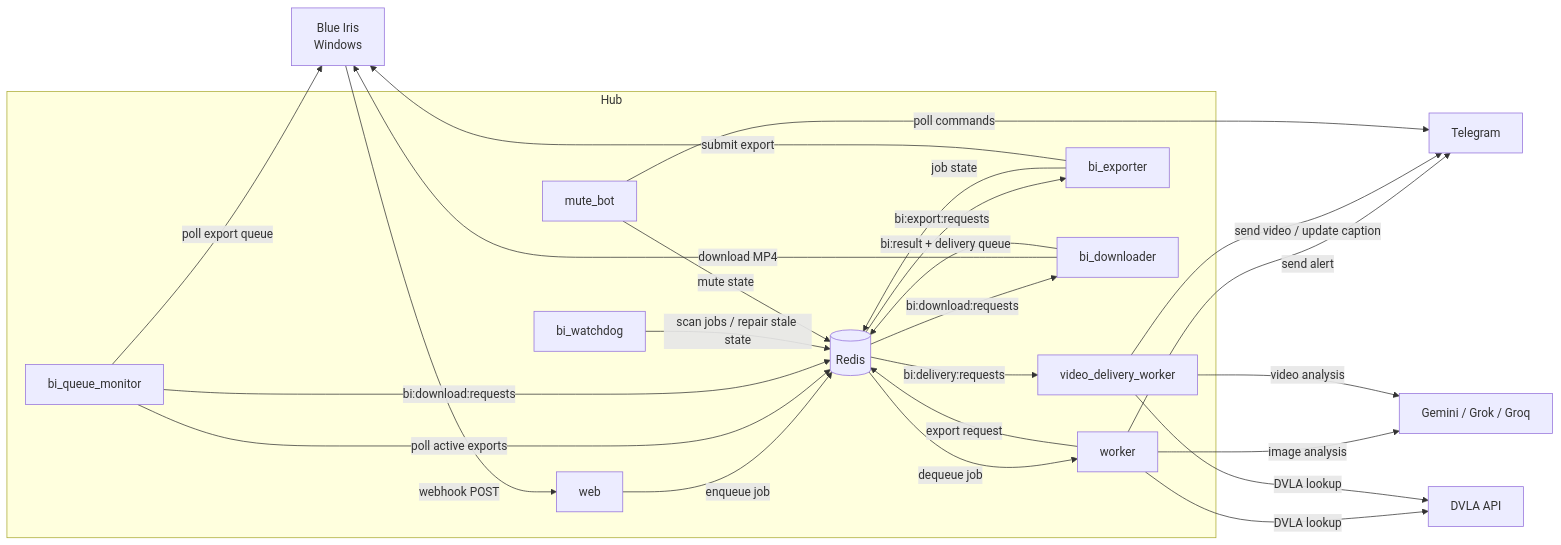
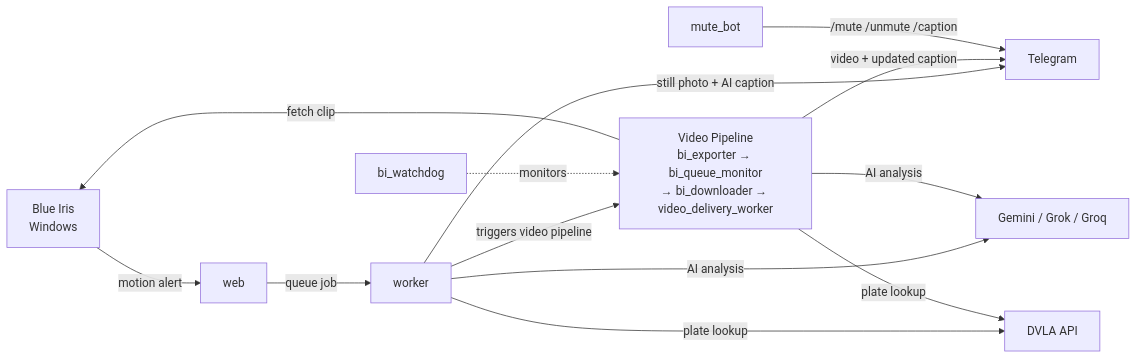
One commit to slflowfoon/blueiris-ai-hub changed the diagram in README.md. Above: the diagram before and after it, drawn with Mermaid. The commit also changed other lines of this file, not shown here.

Commit message:
docs: simplify architecture diagram to single high-level flow

````diff
--- a/README.md
+++ b/README.md
@@ -160,42 +156,13 @@
 ```mermaid
 graph LR
-    BI[Blue Iris\nWindows]
-    subgraph Hub
-        web
-        worker
-        bi_exporter
-        bi_queue_monitor
-        bi_downloader
-        bi_watchdog
-        video_delivery_worker
-        mute_bot
-        redis[(Redis)]
-    end
-    TG[Telegram]
-    AI[Gemini / Grok / Groq]
-    DVLA[DVLA API]
-
-    BI -->|webhook POST| web
-    web -->|enqueue job| redis
-    redis -->|dequeue job| worker
-    worker -->|image analysis| AI
-    worker -->|send alert| TG
-    worker -->|DVLA lookup| DVLA
-    worker -->|export request| redis
-    redis -->|bi:export:requests| bi_exporter
-    bi_exporter -->|job state| redis
-    bi_exporter -->|submit export| BI
-    bi_queue_monitor -->|poll active exports| redis
-    bi_queue_monitor -->|poll export queue| BI
-    bi_queue_monitor -->|bi:download:requests| redis
-    redis -->|bi:download:requests| bi_downloader
-    bi_downloader -->|download MP4| BI
-    bi_downloader -->|bi:result + delivery queue| redis
-    redis -->|bi:delivery:requests| video_delivery_worker
-    video_delivery_worker -->|send video / update caption| TG
-    video_delivery_worker -->|video analysis| AI
-    video_delivery_worker -->|DVLA lookup| DVLA
-    bi_watchdog -->|scan jobs / repair stale state| redis
-    mute_bot -->|poll commands| TG
-    mute_bot -->|mute state| redis
+    BI[Blue Iris\nWindows] -->|motion alert| web
+    web -->|queue job| worker
+    worker -->|still photo + AI caption| TG[Telegram]
+    worker -->|triggers video pipeline| VP[Video Pipeline\nbi_exporter → bi_queue_monitor\n→ bi_downloader → video_delivery_worker]
+    VP -->|fetch clip| BI
+    VP -->|video + updated caption| TG
+    worker & VP -->|AI analysis| AI[Gemini / Grok / Groq]
+    worker & VP -->|plate lookup| DVLA[DVLA API]
+    mute_bot -->|/mute /unmute /caption| TG
+    bi_watchdog -. monitors .-> VP
 ```
````
